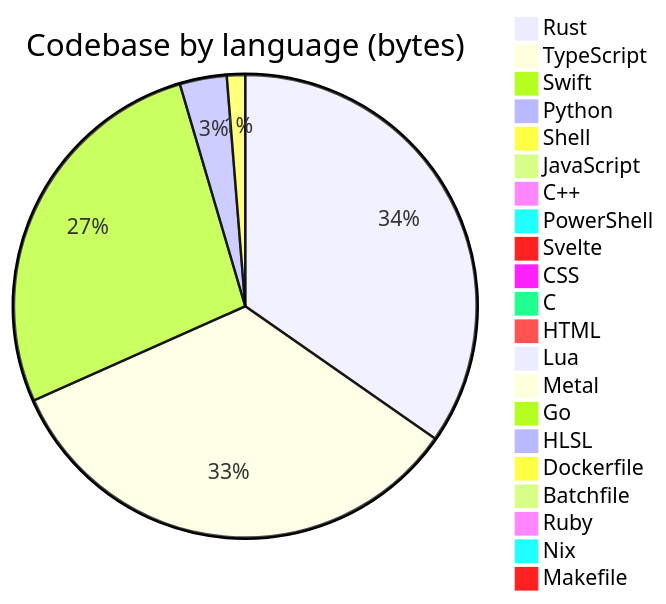
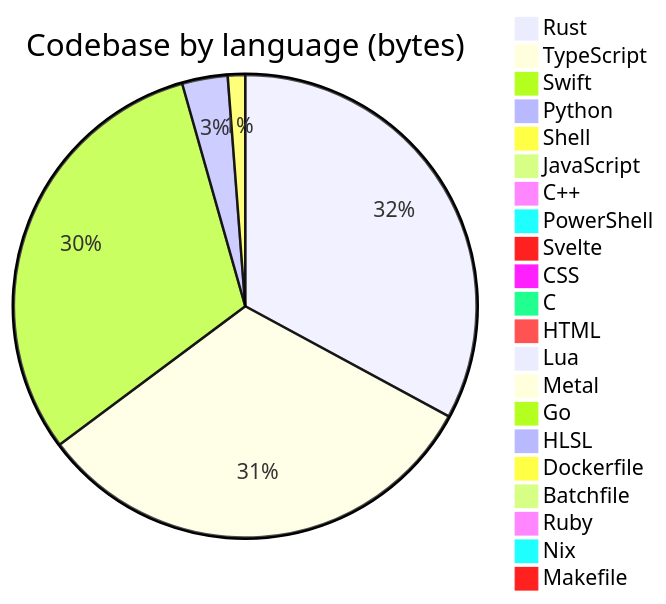
One commit to Open330/.github changed the diagram in profile/README.md. Above: the diagram before and after it, drawn with Mermaid. The commit also changed other lines of this file, not shown here.

````diff
--- a/profile/README.md
+++ b/profile/README.md
@@ -137,24 +137,24 @@
 ```mermaid
 pie title Codebase by language (bytes)
-    "Rust" : 37405590
-    "TypeScript" : 36274761
-    "Swift" : 29228491
-    "Python" : 3537560
-    "Shell" : 1376235
+    "Rust" : 37409997
+    "TypeScript" : 36287461
+    "Swift" : 35030805
+    "Python" : 3617062
+    "Shell" : 1379107
     "JavaScript" : 661968
     "C++" : 388775
     "PowerShell" : 333788
     "Svelte" : 275766
     "CSS" : 219282
-    "C" : 197804
+    "C" : 197825
     "HTML" : 102356
     "Lua" : 48814
     "Metal" : 33192
     "Go" : 22811
     "HLSL" : 7527
     "Dockerfile" : 6402
     "Batchfile" : 5660
     "Ruby" : 4901
     "Nix" : 3168
     "Makefile" : 1692
 ```
````
